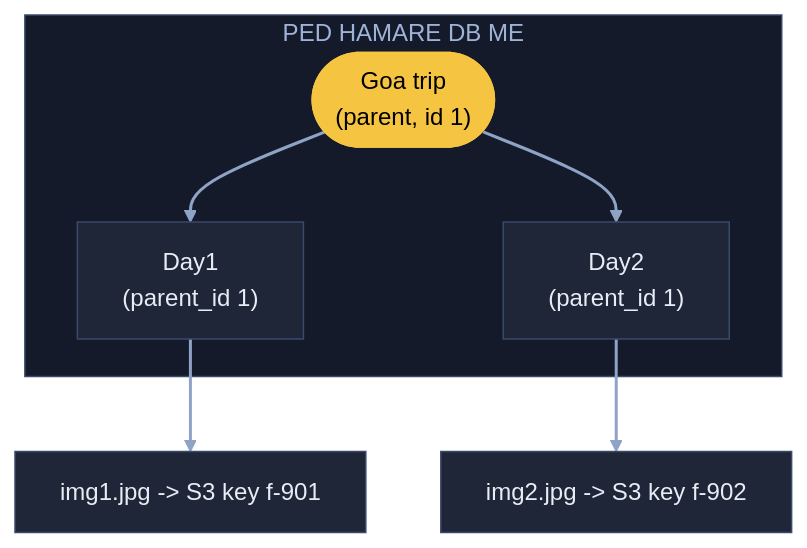
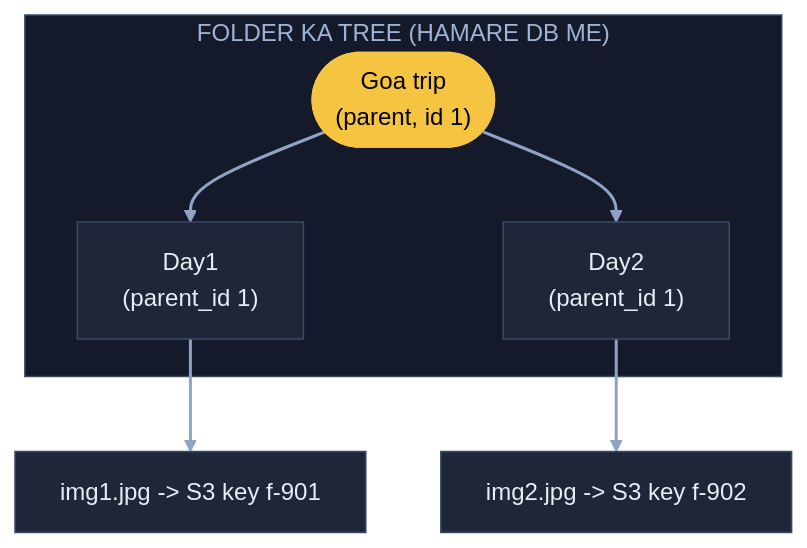
The fifth of 8 diagrams in 04_HLD/SYSTEM_DESIGNS/07_file_upload_validate_system/07_file_upload.md (ArpanMaheshwari144/Prep), drawn with Mermaid before and after one commit. The commit also changed other lines of this file and 1 other file, not shown here.

Commit message:
File upload: ped ki jagah tree (folder ka tree hamare DB me)

````diff
--- a/04_HLD/SYSTEM_DESIGNS/07_file_upload_validate_system/07_file_upload.md
+++ b/04_HLD/SYSTEM_DESIGNS/07_file_upload_validate_system/07_file_upload.md
@@ -188,20 +188,20 @@
 ```mermaid
 flowchart TB
-    subgraph PD["PED HAMARE DB ME"]
+    subgraph PD["FOLDER KA TREE (HAMARE DB ME)"]
         G(["Goa trip<br/>(parent, id 1)"]):::pill
         D1["Day1<br/>(parent_id 1)"]:::card
         D2["Day2<br/>(parent_id 1)"]:::card
     end
     F1["img1.jpg -> S3 key f-901"]:::card
     F2["img2.jpg -> S3 key f-902"]:::card
     G --> D1
     G --> D2
     D1 --> F1
     D2 --> F2
     linkStyle default stroke:#8fa3c7,stroke-width:2px
     classDef card fill:#1e2638,stroke:#3a4a6b,color:#e8ecf5
     classDef pill fill:#f5c542,stroke:#f5c542,color:#000
     classDef good fill:#2e7d4f,stroke:#3fbf6f,color:#fff
     classDef bad fill:#5c1f24,stroke:#e05561,color:#fff
     style PD fill:#141a29,stroke:#3a4a6b,color:#9fb3d9
 ```
````
